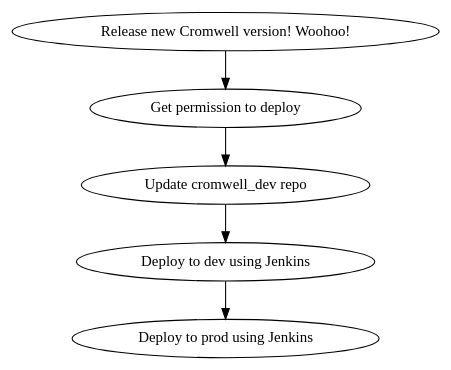
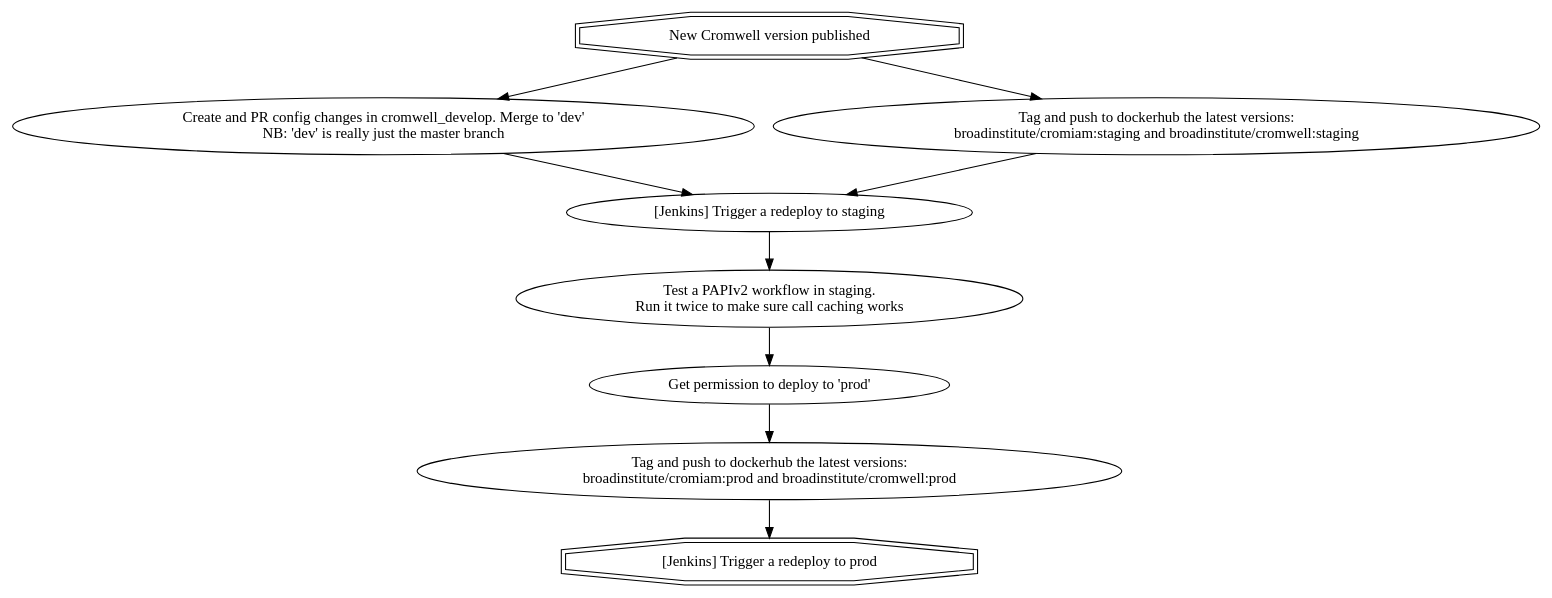
Before and after one commit to broadinstitute/cromwell: the diagram in processes/release_processes/caas-prod.dot, drawn with Graphviz. The commit also changed 2 other files, not shown here.

```diff
--- a/processes/release_processes/caas-prod.dot
+++ b/processes/release_processes/caas-prod.dot
@@ -1,18 +1,32 @@
 digraph {
 
   # Nodes
 
-  release_cromwell [shape=oval label="Release new Cromwell version! Woohoo!"];
-  get_permission [shape=oval label="Get permission to deploy"];
-  update_cromwell_dev [shape=oval label="Update cromwell_dev repo"];
-  jenkins_deploy_dev [shape=oval label="Deploy to dev using Jenkins"];
-  jenkins_deploy_prod [shape=oval label="Deploy to prod using Jenkins"];
+  release_cromwell [shape=doubleoctagon label="New Cromwell version published"];
+
+  cromwell_develop_pr [shape=oval label="Create and PR config changes in cromwell_develop. Merge to 'dev'\nNB: 'dev' is really just the master branch"];
+  push_staging_images [shape=oval label="Tag and push to dockerhub the latest versions:\nbroadinstitute/cromiam:staging and broadinstitute/cromwell:staging"];
+
+  jenkins_deploy_staging [shape=oval label="[Jenkins] Trigger a redeploy to staging"];
+  test_staging [shape=oval label="Test a PAPIv2 workflow in staging.\nRun it twice to make sure call caching works"];
+
+  get_permission [shape=oval label="Get permission to deploy to 'prod'"];
+  push_prod_images [shape=oval label="Tag and push to dockerhub the latest versions:\nbroadinstitute/cromiam:prod and broadinstitute/cromwell:prod"];
+  jenkins_deploy_prod [shape=doubleoctagon label="[Jenkins] Trigger a redeploy to prod"];
+
 
   # Edges
 
-  release_cromwell -> get_permission
-  get_permission -> update_cromwell_dev
-  update_cromwell_dev -> jenkins_deploy_dev
-  jenkins_deploy_dev -> jenkins_deploy_prod
+  release_cromwell -> cromwell_develop_pr
+  release_cromwell -> push_staging_images
+
+  cromwell_develop_pr -> jenkins_deploy_staging
+  push_staging_images -> jenkins_deploy_staging
+
+  jenkins_deploy_staging -> test_staging
+
+  test_staging -> get_permission
+  get_permission -> push_prod_images
+  push_prod_images -> jenkins_deploy_prod
 
 }
```
